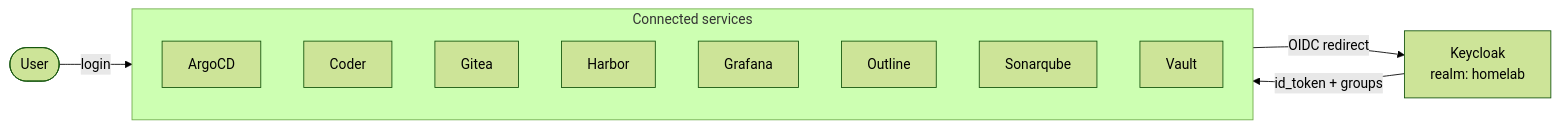
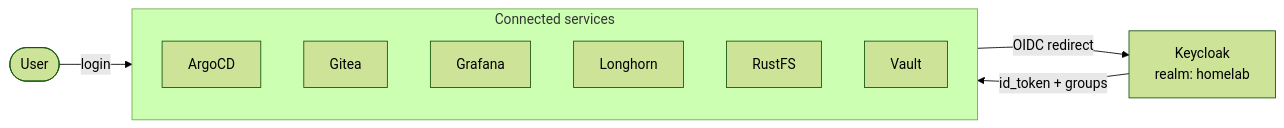
One commit to this-is-tobi/homelab changed the second of 3 diagrams in docs/05-services.md. Above: the diagram before and after it, drawn with Mermaid (forest theme). The commit also changed other lines of this file and 1 other file, not shown here.

````diff
--- a/docs/05-services.md
+++ b/docs/05-services.md
@@ -206,18 +200,16 @@
 ```mermaid
 flowchart LR
     user([User])
     kc[Keycloak<br/>realm: homelab]
     subgraph apps[Connected services]
         argo[ArgoCD]
-        coder[Coder]
         gitea[Gitea]
-        harbor[Harbor]
         graf[Grafana]
-        outline[Outline]
-        sonar[Sonarqube]
+        lh[Longhorn]
+        rustfs[RustFS]
         vault[Vault]
     end
     user -->|login| apps
     apps -->|OIDC redirect| kc
     kc -->|id_token + groups| apps
 ```
````
